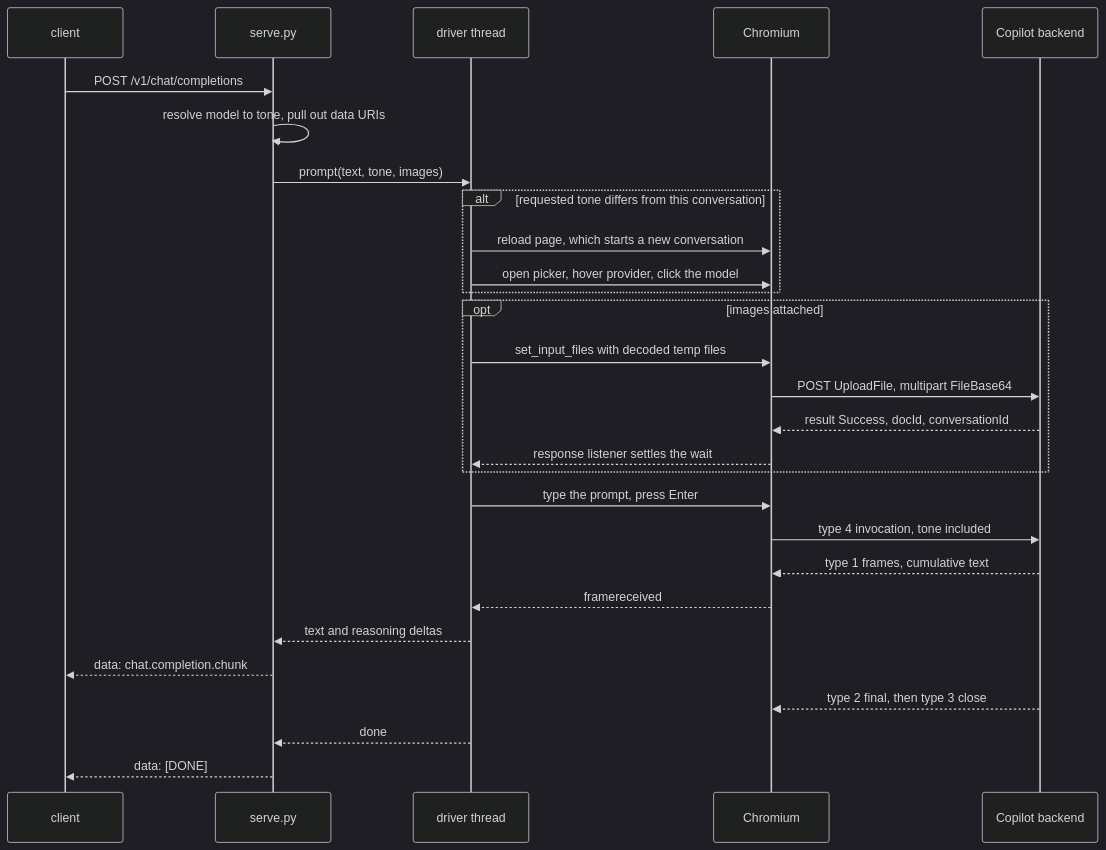
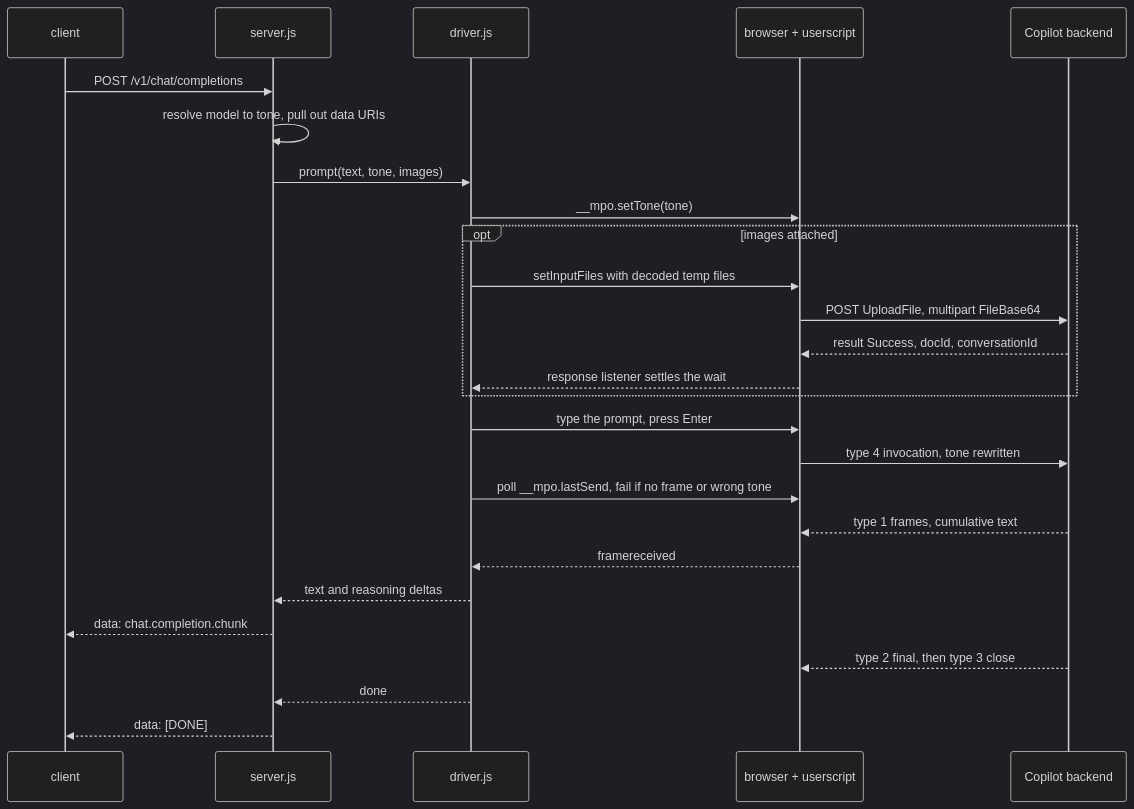
The second of 3 diagrams in README.md (aweussom/i-want-my-model-picker-back), drawn with Mermaid (dark theme) before and after one commit. The commit also changed other lines of this file and 20 other files, not shown here.

First line of the commit message:
Pick the model on the wire with a userscript, and drop the installer

````diff
--- a/README.md
+++ b/README.md
@@ -143,34 +111,31 @@
 ```mermaid
 sequenceDiagram
     participant C as client
-    participant S as serve.py
-    participant D as driver thread
-    participant B as Chromium
+    participant S as server.js
+    participant D as driver.js
+    participant B as browser + userscript
     participant M as Copilot backend
 
     C->>S: POST /v1/chat/completions
     S->>S: resolve model to tone, pull out data URIs
     S->>D: prompt(text, tone, images)
-
-    alt requested tone differs from this conversation
-        D->>B: reload page, which starts a new conversation
-        D->>B: open picker, hover provider, click the model
-    end
+    D->>B: __mpo.setTone(tone)
 
     opt images attached
-        D->>B: set_input_files with decoded temp files
+        D->>B: setInputFiles with decoded temp files
         B->>M: POST UploadFile, multipart FileBase64
         M-->>B: result Success, docId, conversationId
         B-->>D: response listener settles the wait
     end
 
     D->>B: type the prompt, press Enter
-    B->>M: type 4 invocation, tone included
+    B->>M: type 4 invocation, tone rewritten
+    D->>B: poll __mpo.lastSend, fail if no frame or wrong tone
     M-->>B: type 1 frames, cumulative text
     B-->>D: framereceived
     D-->>S: text and reasoning deltas
     S-->>C: data: chat.completion.chunk
     M-->>B: type 2 final, then type 3 close
     D-->>S: done
     S-->>C: data: [DONE]
 ```
````
